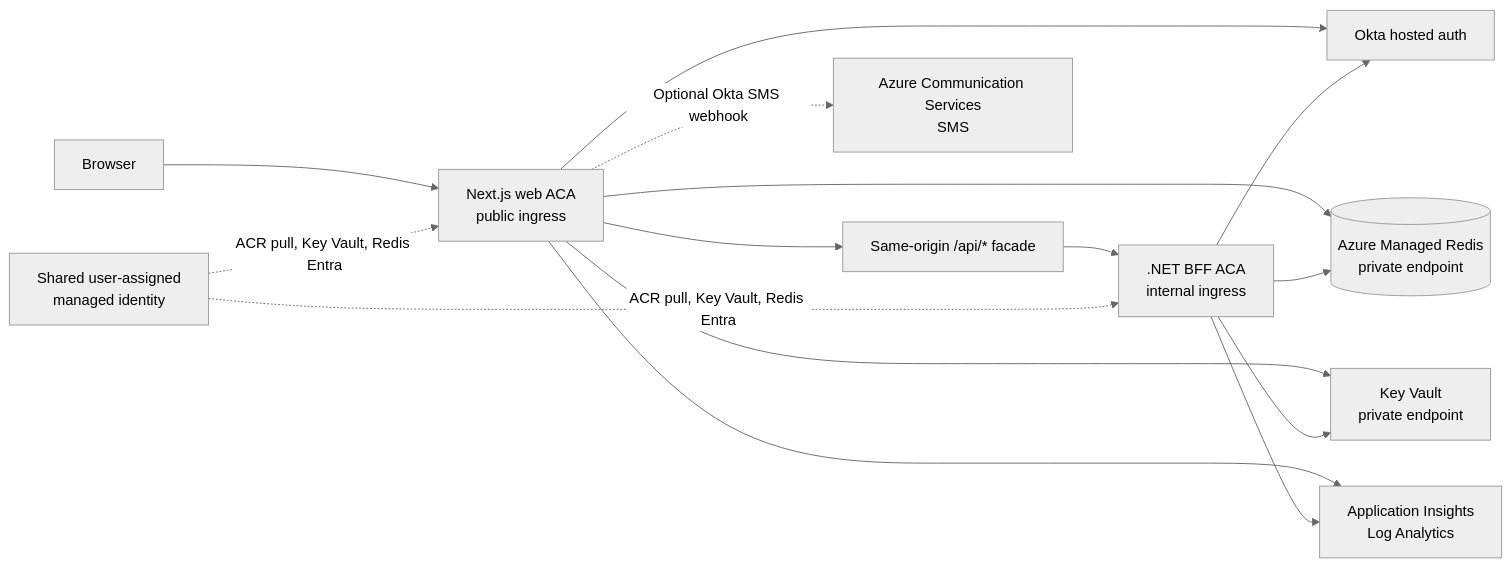
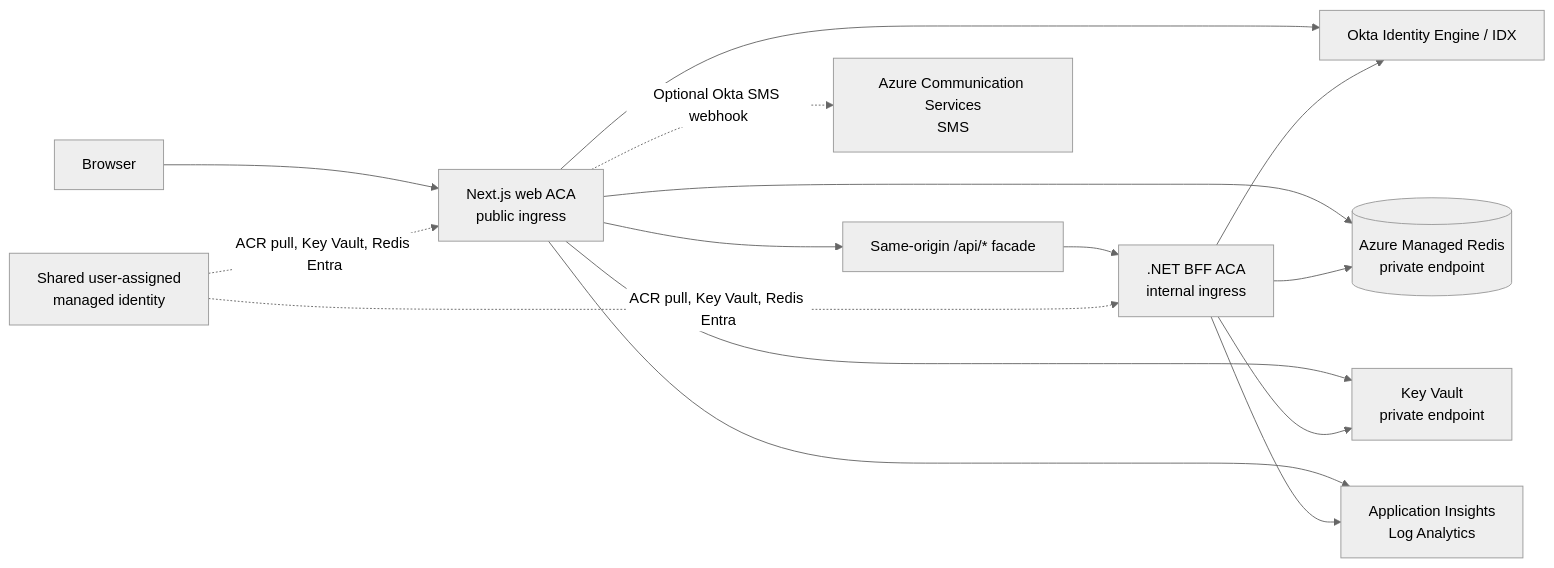
One commit to vc4u2c/acme-los changed the diagram in docs/architecture/current-platform.md. Above: the diagram before and after it, drawn with Mermaid (neutral theme). The commit also changed other lines of this file and 121 other files, not shown here.

Commit message:
Feature/okta idx experience (#113)

````diff
--- a/docs/architecture/current-platform.md
+++ b/docs/architecture/current-platform.md
@@ -72,17 +72,17 @@
 ```mermaid
 flowchart LR
   browser[Browser] --> web[Next.js web ACA<br/>public ingress]
   web --> facade[Same-origin /api/* facade]
   facade --> bff[.NET BFF ACA<br/>internal ingress]
-  web --> okta[Okta hosted auth]
+  web --> okta[Okta Identity Engine / IDX]
   bff --> okta
   web --> redis[(Azure Managed Redis<br/>private endpoint)]
   bff --> redis
   web --> kv[Key Vault<br/>private endpoint]
   bff --> kv
   web --> ai[Application Insights<br/>Log Analytics]
   web -. Optional Okta SMS webhook .-> acs[Azure Communication Services<br/>SMS]
   bff --> ai
   id[Shared user-assigned<br/>managed identity] -. ACR pull, Key Vault, Redis Entra .-> web
   id -. ACR pull, Key Vault, Redis Entra .-> bff
 ```
````
